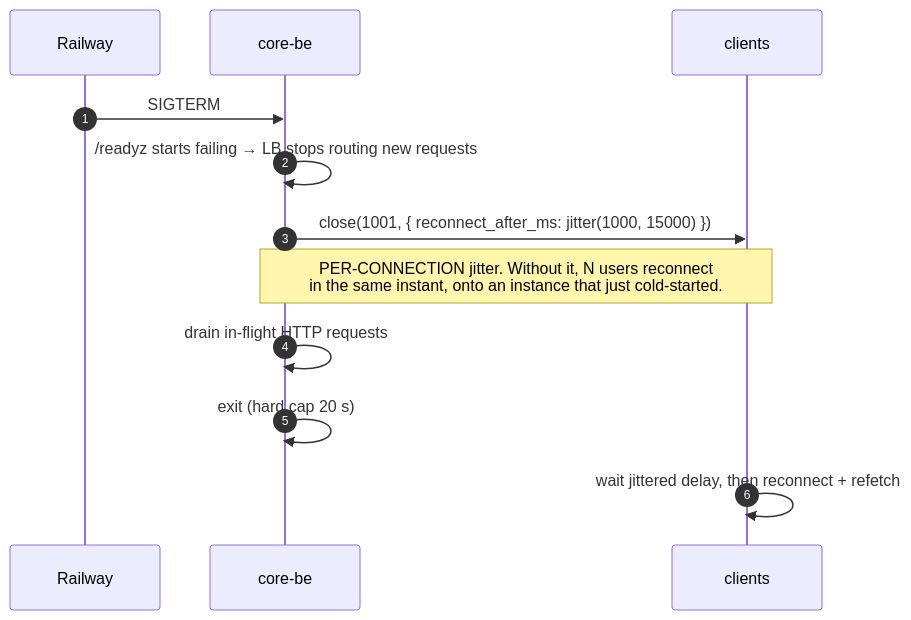
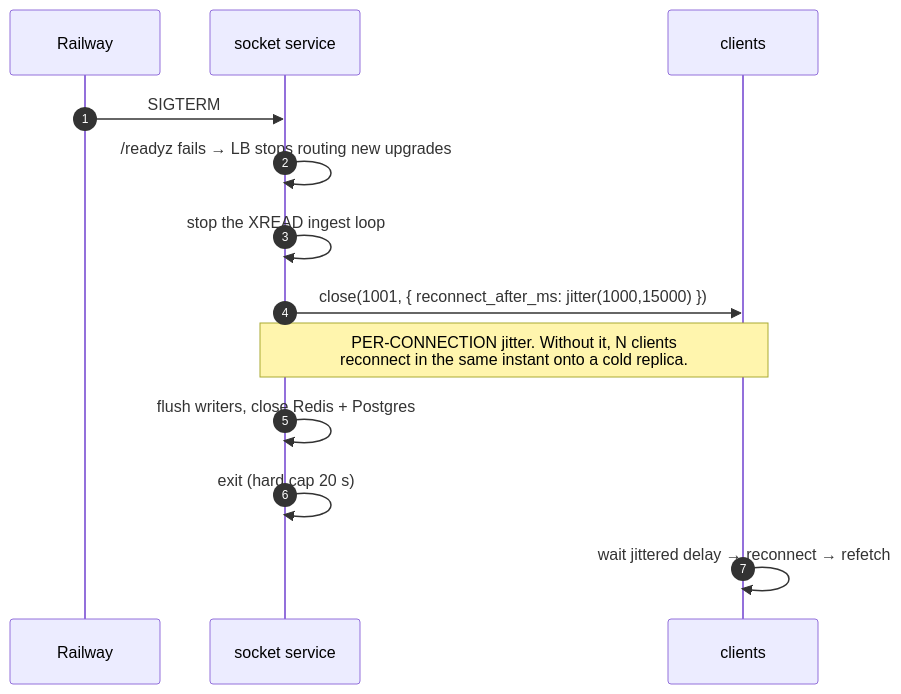
The sixth of 6 diagrams in docs/reference/architecture/realtime-in-core-be-plan.md (nikunjmavani/core-be), drawn with Mermaid before and after one commit. The commit also changed other lines of this file, not shown here.

First line of the commit message:
docs: rework the Option A plan around the socket as a THIRD core-be service

````diff
--- a/docs/reference/architecture/realtime-in-core-be-plan.md
+++ b/docs/reference/architecture/realtime-in-core-be-plan.md
@@ -346,15 +853,16 @@
 ```mermaid
 sequenceDiagram
   autonumber
   participant K as Railway
-  participant BE as core-be
+  participant SK as socket service
   participant FE as clients
 
-  K->>BE: SIGTERM
-  BE->>BE: /readyz starts failing → LB stops routing new requests
-  BE->>FE: close(1001, { reconnect_after_ms: jitter(1000, 15000) })
-  Note over BE,FE: PER-CONNECTION jitter. Without it, N users reconnect<br/>in the same instant, onto an instance that just cold-started.
-  BE->>BE: drain in-flight HTTP requests
-  BE->>BE: exit (hard cap 20 s)
-  FE->>FE: wait jittered delay, then reconnect + refetch
+  K->>SK: SIGTERM
+  SK->>SK: /readyz fails → LB stops routing new upgrades
+  SK->>SK: stop the XREAD ingest loop
+  SK->>FE: close(1001, { reconnect_after_ms: jitter(1000,15000) })
+  Note over SK,FE: PER-CONNECTION jitter. Without it, N clients<br/>reconnect in the same instant onto a cold replica.
+  SK->>SK: flush writers, close Redis + Postgres
+  SK->>SK: exit (hard cap 20 s)
+  FE->>FE: wait jittered delay → reconnect → refetch
 ```
````
